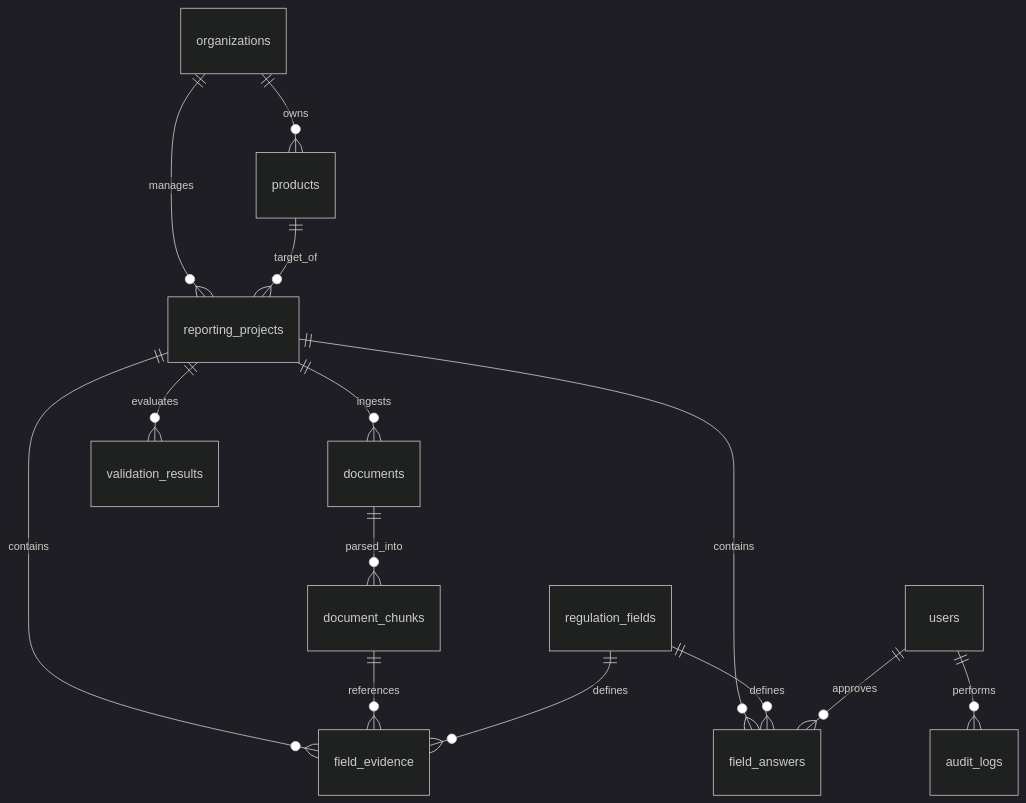
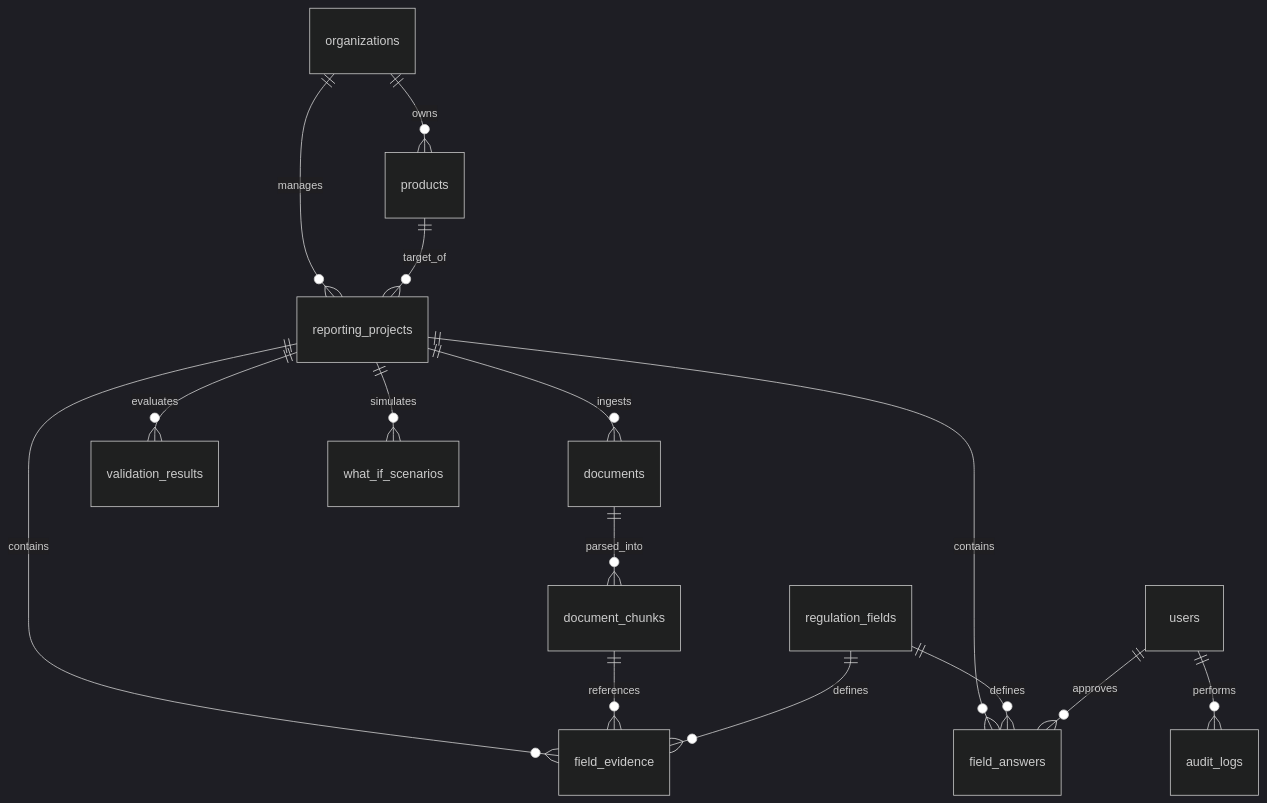
The diagram in README.md (mananjp/Clarix), drawn with Mermaid (dark theme) before and after one commit. The commit also changed other lines of this file, not shown here.

Commit message:
docs: update README to cover React frontend, What-If simulator, and PostgreSQL integrations

````diff
--- a/README.md
+++ b/README.md
@@ -41,16 +37,17 @@
 ```mermaid
 erDiagram
     organizations ||--o{ products : owns
     organizations ||--o{ reporting_projects : manages
     products ||--o{ reporting_projects : target_of
     reporting_projects ||--o{ documents : ingests
     reporting_projects ||--o{ field_answers : contains
     reporting_projects ||--o{ field_evidence : contains
     reporting_projects ||--o{ validation_results : evaluates
+    reporting_projects ||--o{ what_if_scenarios : simulates
     documents ||--o{ document_chunks : parsed_into
     document_chunks ||--o{ field_evidence : references
     regulation_fields ||--o{ field_answers : defines
     regulation_fields ||--o{ field_evidence : defines
     users ||--o{ field_answers : approves
     users ||--o{ audit_logs : performs
 ```
````
